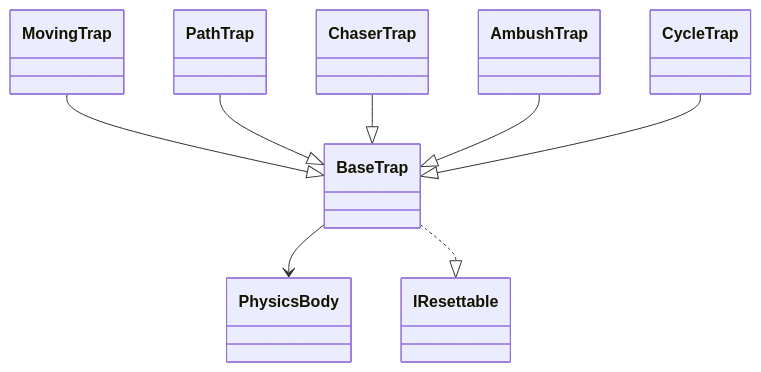
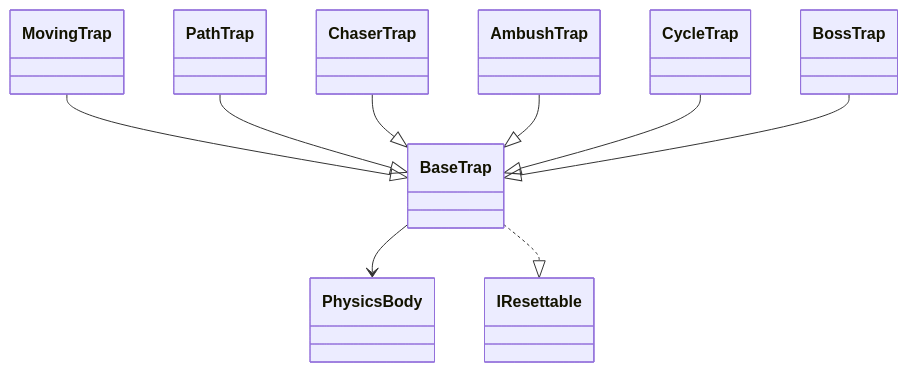
One commit to gba-projekt-thi/platformer changed the third of 6 diagrams in docs/components.md. Above: the diagram before and after it, drawn with Mermaid. The commit also changed other lines of this file, not shown here.

````diff
--- a/docs/components.md
+++ b/docs/components.md
@@ -238,12 +195,13 @@
 ```mermaid
 classDiagram
     PhysicsBody
     IResettable
     BaseTrap --> PhysicsBody
     BaseTrap ..|> IResettable
     MovingTrap --|> BaseTrap
     PathTrap --|> BaseTrap
     ChaserTrap --|> BaseTrap
     AmbushTrap --|> BaseTrap
     CycleTrap --|> BaseTrap
+    BossTrap --|> BaseTrap
 ```
````
